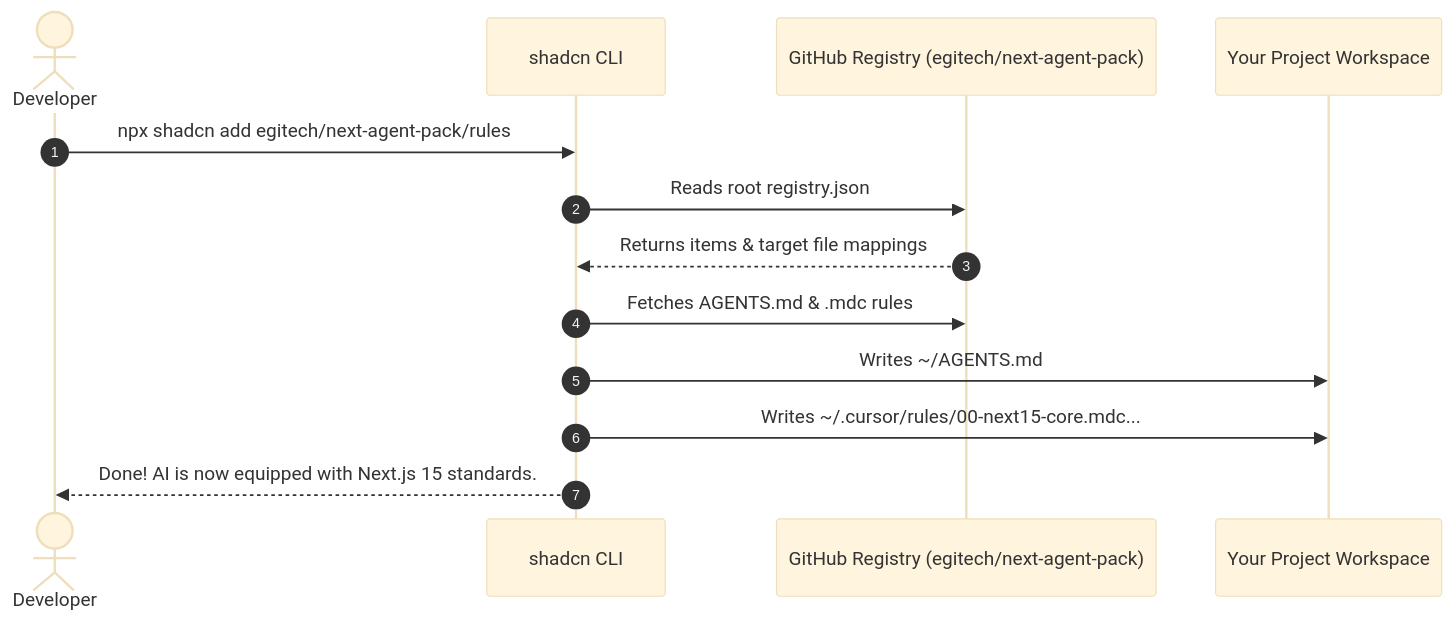
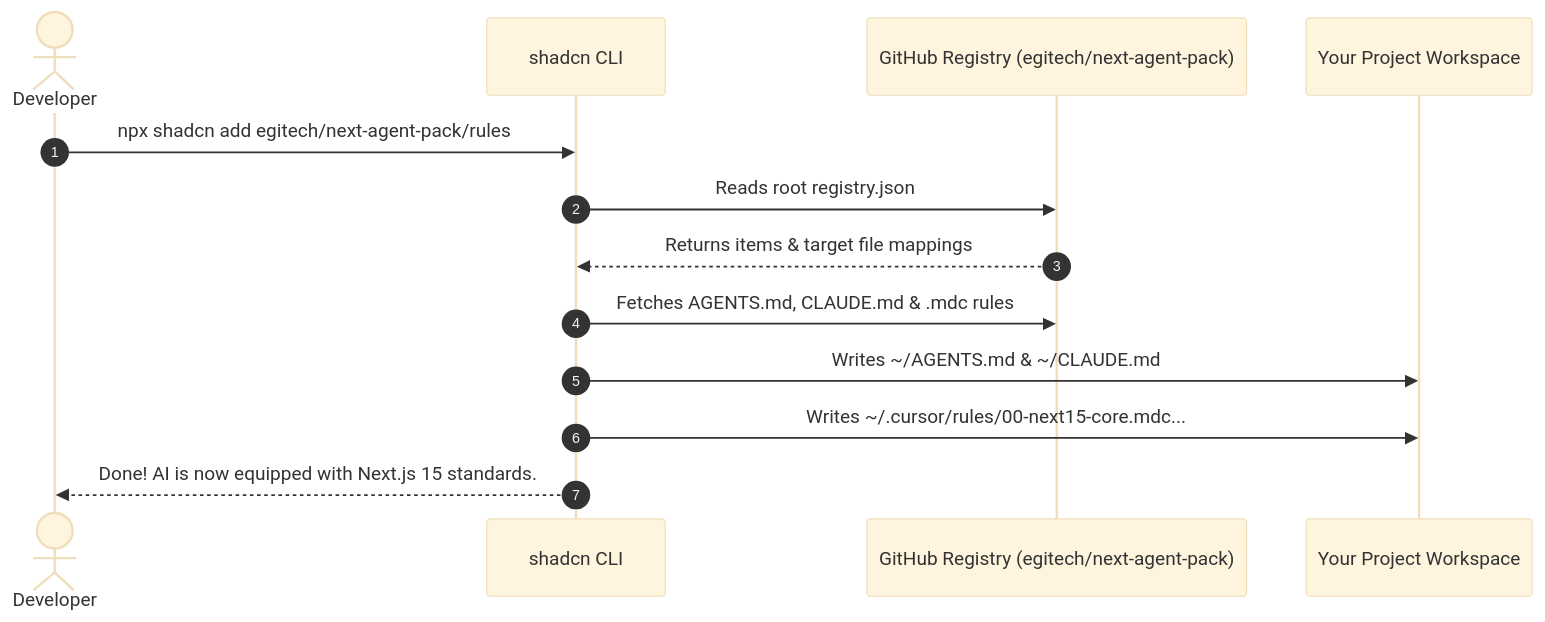
One commit to Leonguyen123/next-agent-pack changed the diagram in README.md. Above: the diagram before and after it, drawn with Mermaid (base theme). The commit also changed other lines of this file and 8 other files, not shown here.

````diff
--- a/README.md
+++ b/README.md
@@ -70,16 +76,16 @@
 ```mermaid
 sequenceDiagram
     autonumber
     actor Dev as Developer
     participant CLI as shadcn CLI
     participant GH as GitHub Registry (egitech/next-agent-pack)
     participant Workspace as Your Project Workspace
 
     Dev->>CLI: npx shadcn add egitech/next-agent-pack/rules
     CLI->>GH: Reads root registry.json
     GH-->>CLI: Returns items & target file mappings
-    CLI->>GH: Fetches AGENTS.md & .mdc rules
-    CLI->>Workspace: Writes ~/AGENTS.md
+    CLI->>GH: Fetches AGENTS.md, CLAUDE.md & .mdc rules
+    CLI->>Workspace: Writes ~/AGENTS.md & ~/CLAUDE.md
     CLI->>Workspace: Writes ~/.cursor/rules/00-next15-core.mdc...
     CLI-->>Dev: Done! AI is now equipped with Next.js 15 standards.
 ```
````
